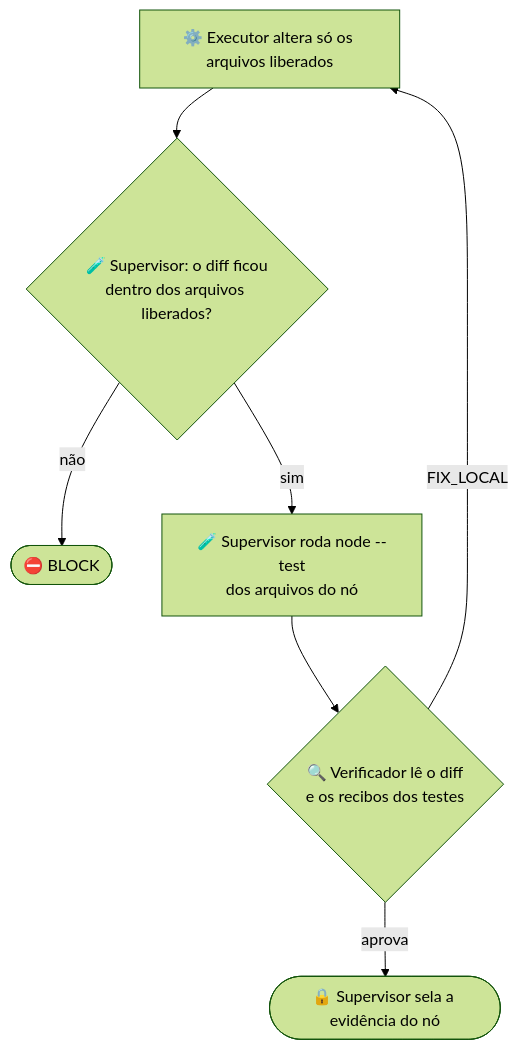
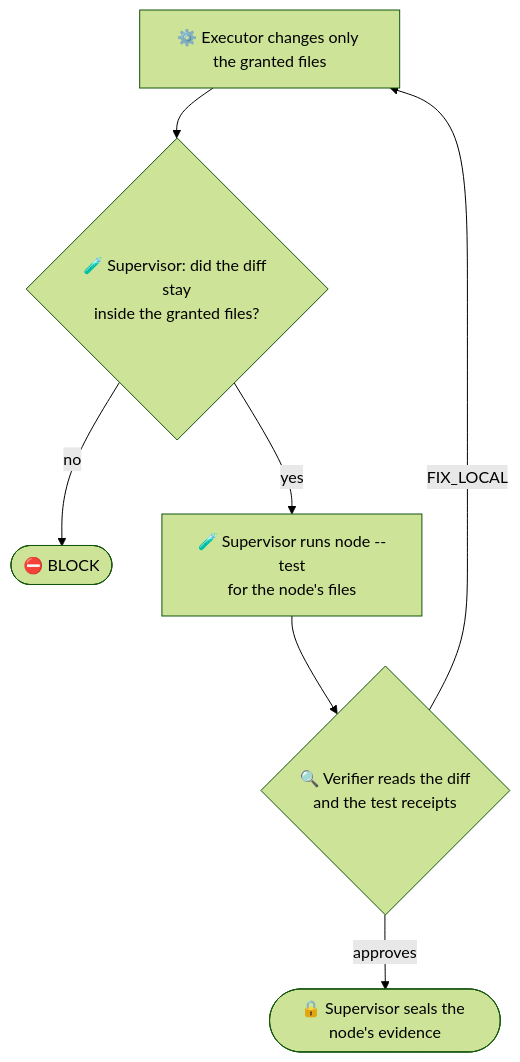
Before and after one commit to Dougladmo/graph-eng: the third of 3 diagrams in README.md, drawn with Mermaid (forest theme). The commit also changed other lines of this file and 5 other files, not shown here.

````diff
--- a/README.md
+++ b/README.md
@@ -162,9 +162,9 @@
 ```mermaid
 flowchart TD
-  E[⚙️ Executor altera só os arquivos liberados] --> D{🧪 Supervisor: o diff ficou<br/>dentro dos arquivos liberados?}
-  D -- não --> X([⛔ BLOCK])
-  D -- sim --> T[🧪 Supervisor roda node --test<br/>dos arquivos do nó]
-  T --> V{🔍 Verificador lê o diff<br/>e os recibos dos testes}
+  E[⚙️ Executor changes only the granted files] --> D{🧪 Supervisor: did the diff stay<br/>inside the granted files?}
+  D -- no --> X([⛔ BLOCK])
+  D -- yes --> T[🧪 Supervisor runs node --test<br/>for the node's files]
+  T --> V{🔍 Verifier reads the diff<br/>and the test receipts}
   V -- FIX_LOCAL --> E
-  V -- aprova --> S([🔒 Supervisor sela a evidência do nó])
+  V -- approves --> S([🔒 Supervisor seals the node's evidence])
 ```
````
